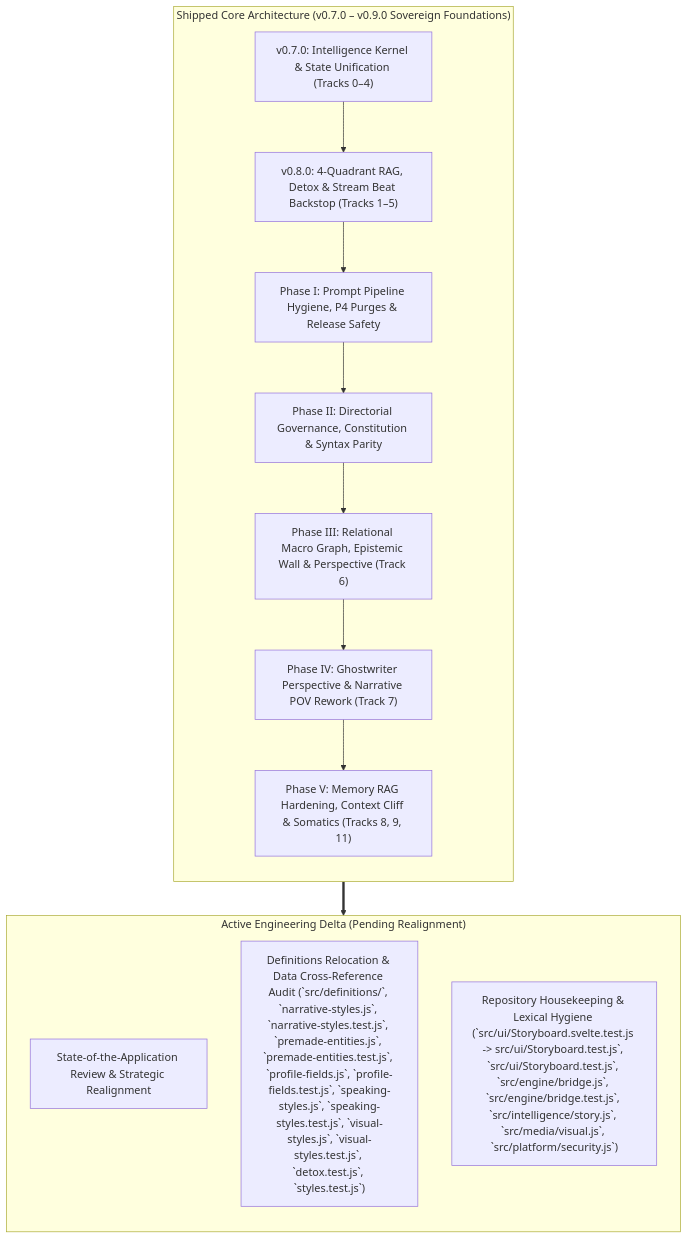
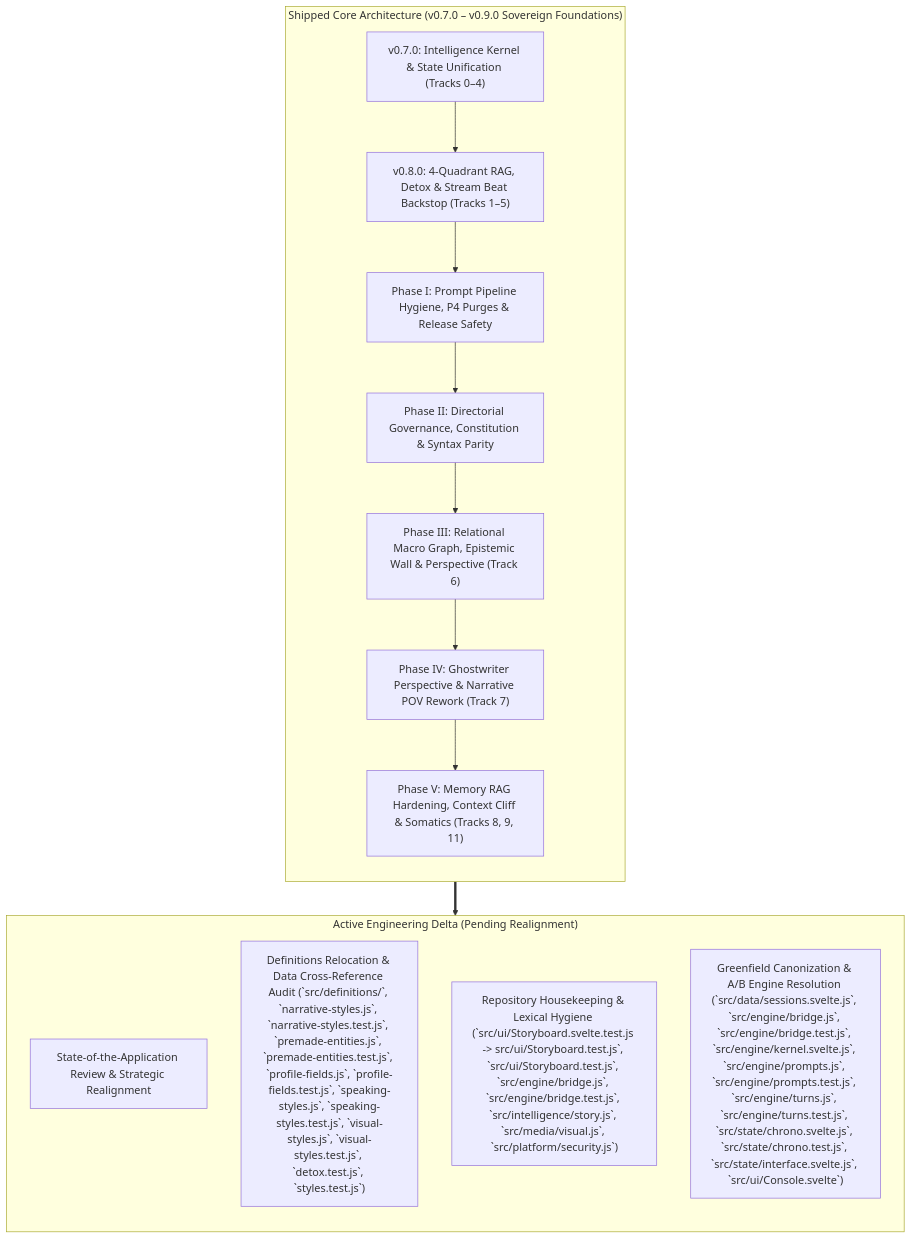
One commit to JooduG/RPGlitch changed the diagram in ROADMAP.md. Above: the diagram before and after it, drawn with Mermaid. The commit also changed 12 other files, not shown here.

````diff
--- a/ROADMAP.md
+++ b/ROADMAP.md
@@ -22,23 +22,24 @@
 ```mermaid
 flowchart TD
     subgraph ShippedCore ["Shipped Core Architecture (v0.7.0 – v0.9.0 Sovereign Foundations)"]
         direction TB
         S1["v0.7.0: Intelligence Kernel & State Unification (Tracks 0–4)"]
         S2["v0.8.0: 4-Quadrant RAG, Detox & Stream Beat Backstop (Tracks 1–5)"]
         S3["Phase I: Prompt Pipeline Hygiene, P4 Purges & Release Safety"]
         S4["Phase II: Directorial Governance, Constitution & Syntax Parity"]
         S5["Phase III: Relational Macro Graph, Epistemic Wall & Perspective (Track 6)"]
         S6["Phase IV: Ghostwriter Perspective & Narrative POV Rework (Track 7)"]
         S7["Phase V: Memory RAG Hardening, Context Cliff & Somatics (Tracks 8, 9, 11)"]
         S1 --> S2 --> S3 --> S4 --> S5 --> S6 --> S7
     end
 
     subgraph ActiveBacklog ["Active Engineering Delta (Pending Realignment)"]
         direction TB
         R1["State-of-the-Application Review & Strategic Realignment"]
         R2["Definitions Relocation & Data Cross-Reference Audit (`src/definitions/`, `narrative-styles.js`, `narrative-styles.test.js`, `premade-entities.js`, `premade-entities.test.js`, `profile-fields.js`, `profile-fields.test.js`, `speaking-styles.js`, `speaking-styles.test.js`, `visual-styles.js`, `visual-styles.test.js`, `detox.test.js`, `styles.test.js`)"]
         R3["Repository Housekeeping & Lexical Hygiene (`src/ui/Storyboard.svelte.test.js -> src/ui/Storyboard.test.js`, `src/ui/Storyboard.test.js`, `src/engine/bridge.js`, `src/engine/bridge.test.js`, `src/intelligence/story.js`, `src/media/visual.js`, `src/platform/security.js`)"]
+        R4["Greenfield Canonization & A/B Engine Resolution (`src/data/sessions.svelte.js`, `src/engine/bridge.js`, `src/engine/bridge.test.js`, `src/engine/kernel.svelte.js`, `src/engine/prompts.js`, `src/engine/prompts.test.js`, `src/engine/turns.js`, `src/engine/turns.test.js`, `src/state/chrono.svelte.js`, `src/state/chrono.test.js`, `src/state/interface.svelte.js`, `src/ui/Console.svelte`)"]
     end
 
     ShippedCore ==> ActiveBacklog
 ```
````
